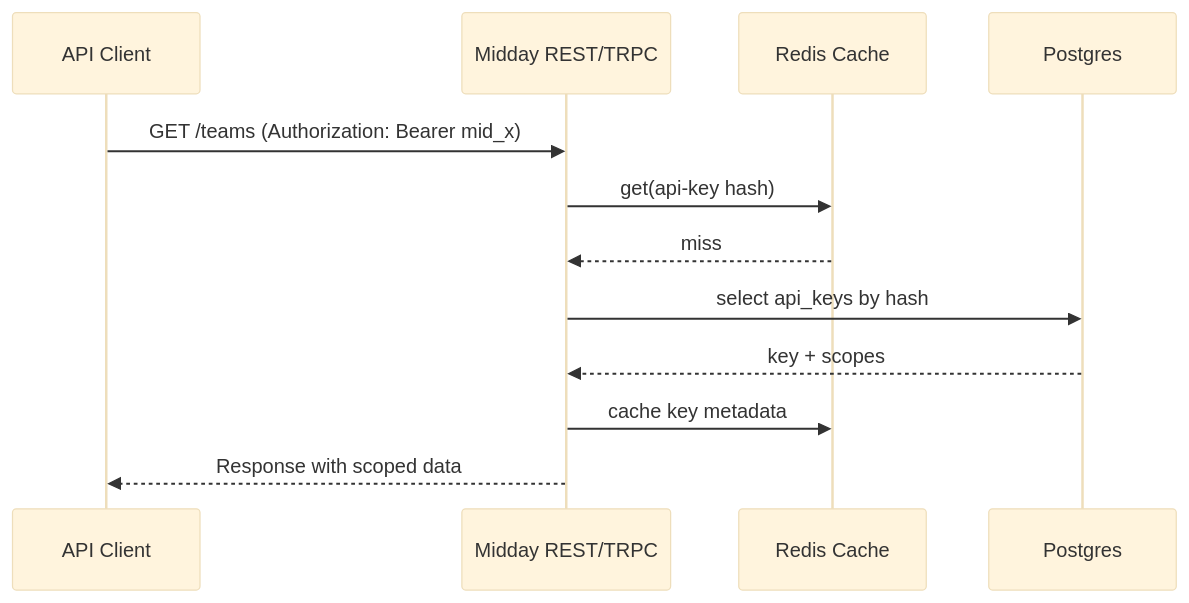
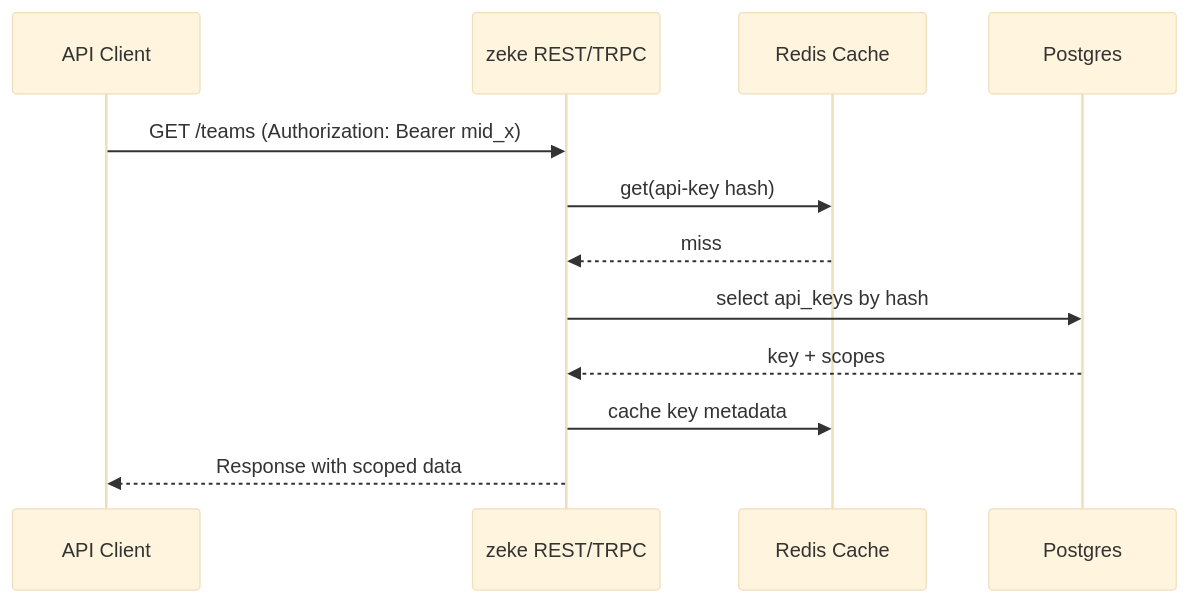
The fourth of 4 diagrams in docs/midday-explained/auth-explainer.md (ParkerRex/zeke), drawn with Mermaid (base theme) before and after one commit. The commit also changed other lines of this file and 96 other files, not shown here.

````diff
--- a/docs/midday-explained/auth-explainer.md
+++ b/docs/midday-explained/auth-explainer.md
@@ -141,14 +141,14 @@
   ```mermaid
   sequenceDiagram
     participant Client as API Client
-    participant API as Midday REST/TRPC
+    participant API as zeke REST/TRPC
     participant Redis as Redis Cache
     participant DB as Postgres
     Client->>API: GET /teams (Authorization: Bearer mid_x)
     API->>Redis: get(api-key hash)
     Redis-->>API: miss
     API->>DB: select api_keys by hash
     DB-->>API: key + scopes
     API->>Redis: cache key metadata
     API-->>Client: Response with scoped data
   ```
````
